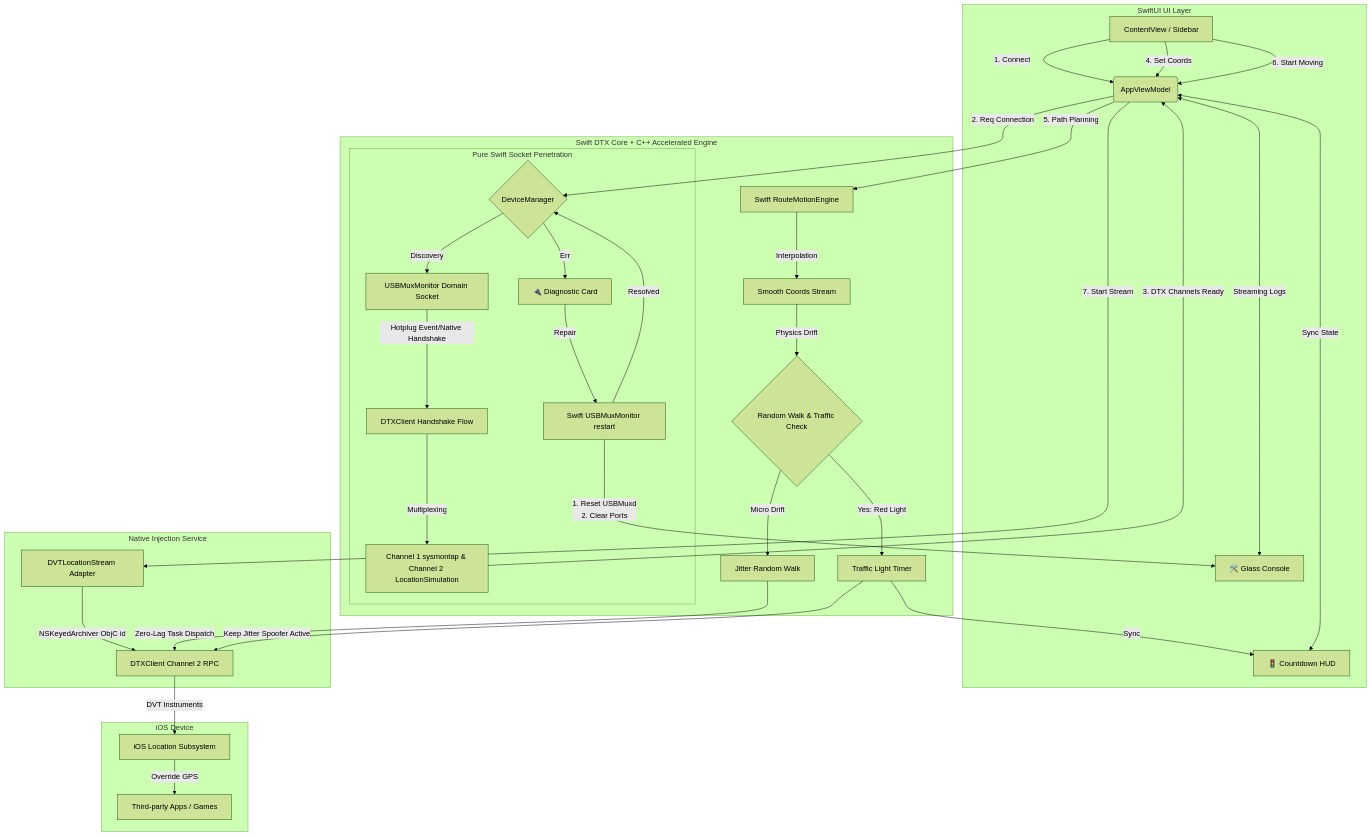
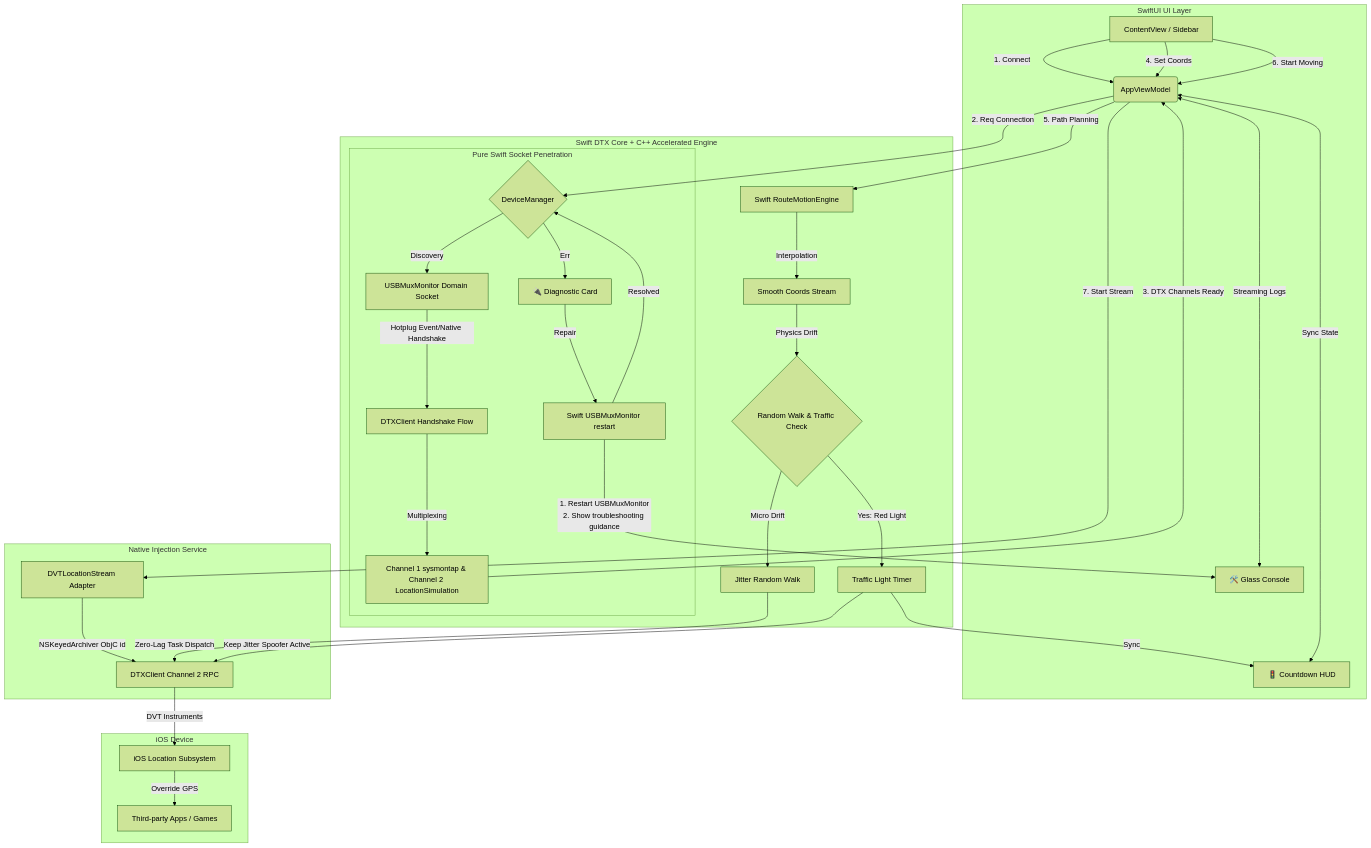
One commit to yusenhan/flyflyfly changed the diagram in README.en.md. Above: the diagram before and after it, drawn with Mermaid (forest theme). The commit also changed 1 other file, not shown here.

Commit message:
Align README diagram terminology

````diff
--- a/README.en.md
+++ b/README.en.md
@@ -51,48 +51,48 @@
 ```mermaid
 graph TD
     %% Roles
     subgraph UI_Layer [SwiftUI UI Layer]
         A[ContentView / Sidebar] -->|1. Connect| B(AppViewModel)
         A -->|4. Set Coords| B
         A -->|6. Start Moving| B
         Z[🚦 Countdown HUD] <-->|Sync State| B
         Y[🛠️ Glass Console] <-->|Streaming Logs| B
     end
 
     subgraph Logic_Layer [Swift DTX Core + C++ Accelerated Engine]
         B -->|2. Req Connection| C{DeviceManager}
         B -->|5. Path Planning| J[Swift RouteMotionEngine]
         J -->|Interpolation| K[Smooth Coords Stream]
         
         %% Anti-Cheat
         K -->|Physics Drift| P{Random Walk & Traffic Check}
         P -->|Yes: Red Light| PA[Traffic Light Timer]
         PA -->|Sync| Z
         P -->|Micro Drift| PB[Jitter Random Walk]
         
         subgraph Connection_Process [Pure Swift Socket Penetration]
             C -->|Discovery| D[USBMuxMonitor Domain Socket]
             D -->|Hotplug Event/Native Handshake| G[DTXClient Handshake Flow]
             G -->|Multiplexing| I[Channel 1 sysmontap & Channel 2 LocationSimulation]
             
             %% Auto Repair
             C -->|Err| Q[🔌 Diagnostic Card]
             Q -->|Repair| R[Swift USBMuxMonitor restart]
-            R -->|1. Reset USBMuxd<br>2. Clear Ports| Y
+            R -->|1. Restart USBMuxMonitor<br>2. Show troubleshooting guidance| Y
             R -->|Resolved| C
         end
     end
 
     subgraph Native_Service [Native Injection Service]
         I -->|3. DTX Channels Ready| B
         B -->|7. Start Stream| L[DVTLocationStream Adapter]
         L -->|NSKeyedArchiver ObjC id| M[DTXClient Channel 2 RPC]
         PB -->|Zero-Lag Task Dispatch| M
         PA -->|Keep Jitter Spoofer Active| M
     end
 
     subgraph iOS_Device [iOS Device]
         M -->|DVT Instruments| N[iOS Location Subsystem]
         N -->|Override GPS| O[Third-party Apps / Games]
     end
 ```
````
